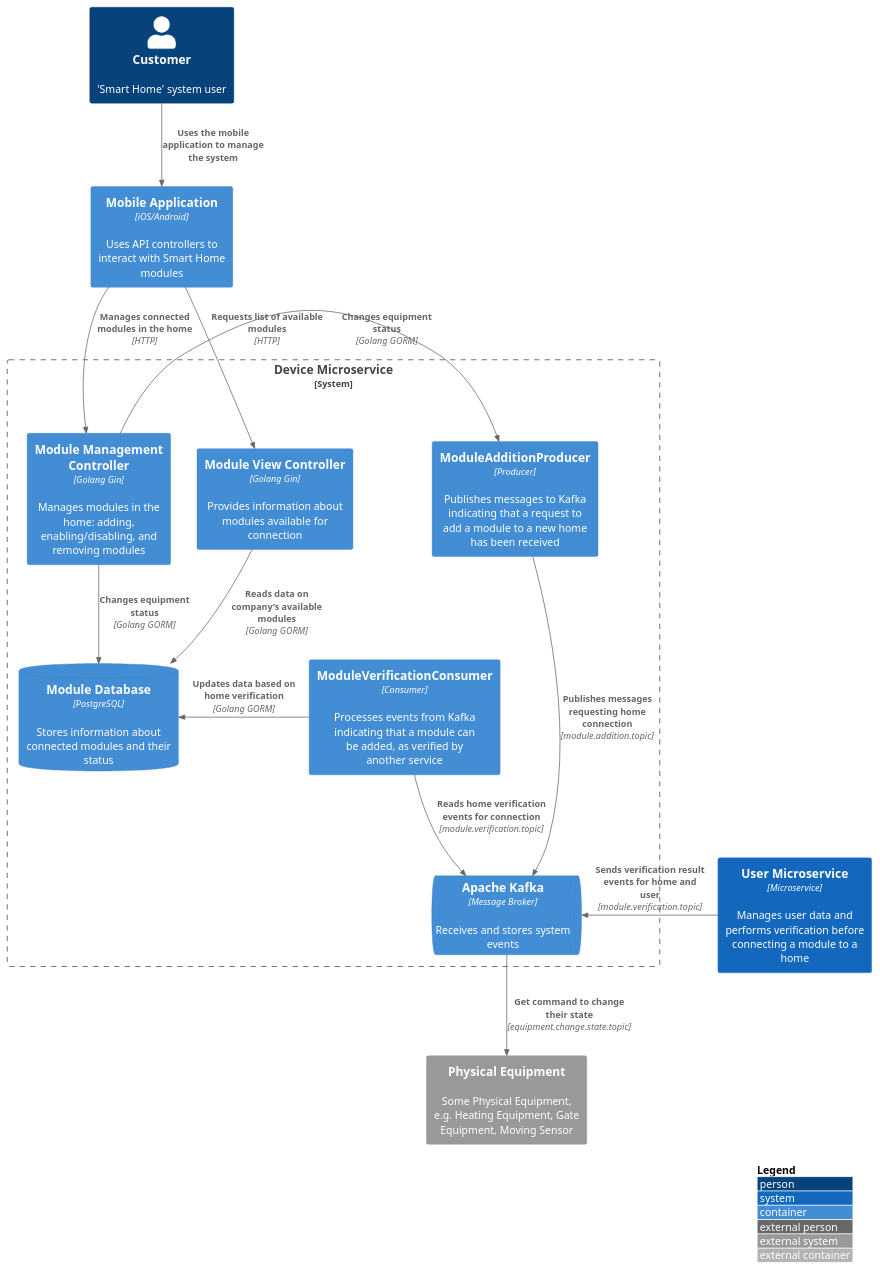
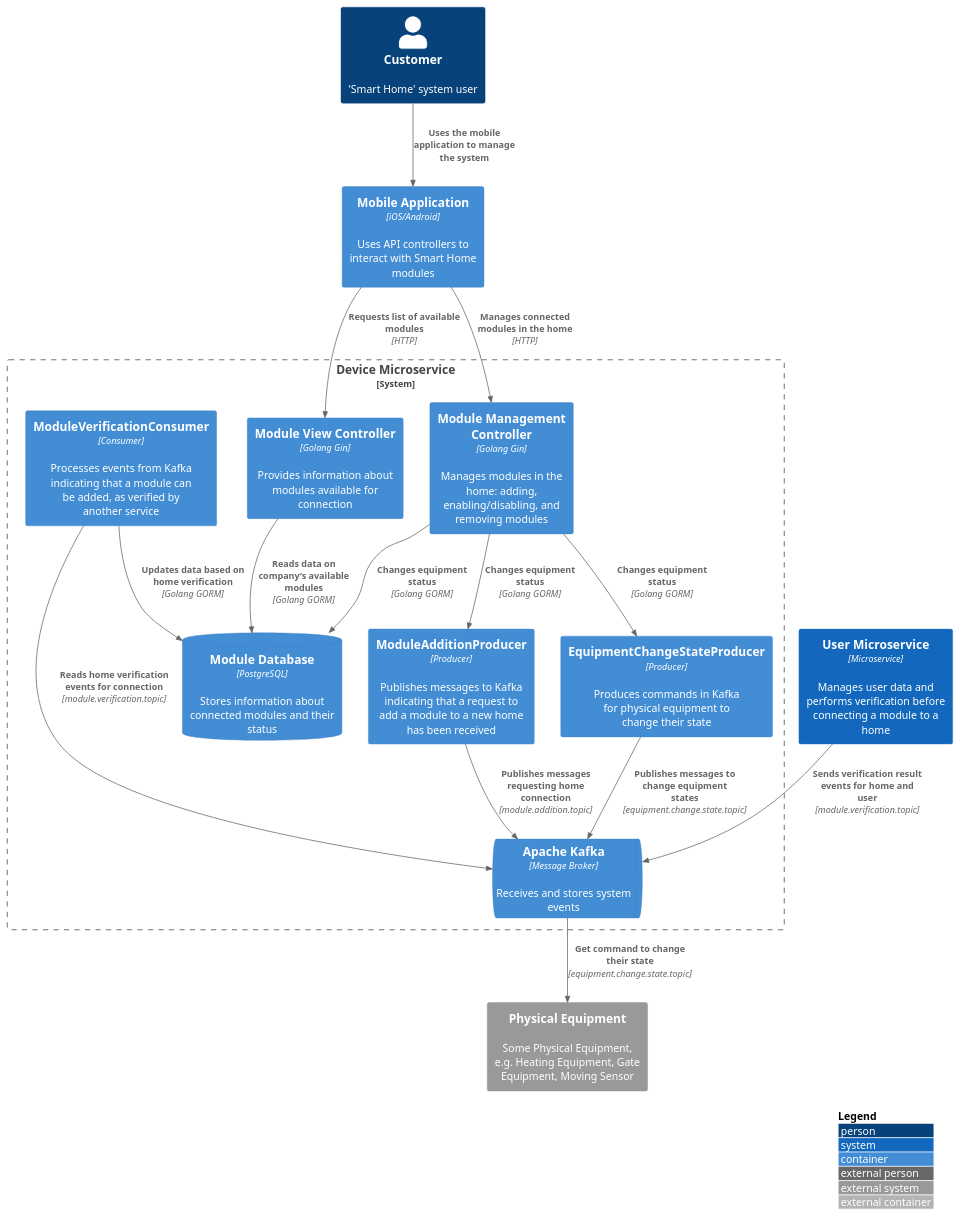
One commit to baydinvladislav/architecture-sprint-3 changed the diagram in smart-home-monolith/diagrams/component/Component_CleverVillageSystem_DeviceService.puml. Above: the diagram before and after it, drawn with PlantUML.

Commit message:
add state_equipment_publisher

```diff
--- a/smart-home-monolith/diagrams/component/Component_CleverVillageSystem_DeviceService.puml
+++ b/smart-home-monolith/diagrams/component/Component_CleverVillageSystem_DeviceService.puml
@@ -1,35 +1,43 @@
 @startuml
 !include <C4/C4_Container>
 
 LAYOUT_WITH_LEGEND()
 
 Person(user, "Customer", "'Smart Home' system user")
+
 Container(app_client, "Mobile Application", "iOS/Android", "Uses API controllers to interact with Smart Home modules")
 Container(internal_system, "User Microservice", "Microservice", "Manages user data and performs verification before connecting a module to a home") #1368bd
+
 System_Ext(system, "Physical Equipment", "Some Physical Equipment, e.g. Heating Equipment, Gate Equipment, Moving Sensor")
 
 System_Boundary(b_system, "Device Microservice") {
     Container(controller_modules_view, "Module View Controller", "Golang Gin", "Provides information about modules available for connection")
     Container(controller_module_management, "Module Management Controller", "Golang Gin", "Manages modules in the home: adding, enabling/disabling, and removing modules")
 
-    Container(publisher, "ModuleAdditionProducer", "Producer", "Publishes messages to Kafka indicating that a request to add a module to a new home has been received")
-    Container(processor, "ModuleVerificationConsumer", "Consumer", "Processes events from Kafka indicating that a module can be added, as verified by another service")
+    Container(new_module_publisher, "ModuleAdditionProducer", "Producer", "Publishes messages to Kafka indicating that a request to add a module to a new home has been received")
+    Container(state_equipment_publisher, "EquipmentChangeStateProducer", "Producer", "Produces commands in Kafka for physical equipment to change their state")
+    Container(module_verification_consumer, "ModuleVerificationConsumer", "Consumer", "Processes events from Kafka indicating that a module can be added, as verified by another service")
 
     ContainerDb(modules_db, "Module Database", "PostgreSQL", "Stores information about connected modules and their status")
     ContainerQueue(kafka_broker, "Apache Kafka", "Message Broker", "Receives and stores system events")
 }
 
 Rel(app_client, controller_modules_view, "Requests list of available modules", "HTTP")
 Rel(app_client, controller_module_management, "Manages connected modules in the home", "HTTP")
 
 Rel(user, app_client, "Uses the mobile application to manage the system")
 Rel(controller_modules_view, modules_db, "Reads data on company’s available modules", "Golang GORM")
+
 Rel(controller_module_management, modules_db, "Changes equipment status", "Golang GORM")
-Rel_L(controller_module_management, publisher, "Changes equipment status", "Golang GORM")
-Rel_L(internal_system, kafka_broker, "Sends verification result events for home and user", "module.verification.topic")
-Rel_U(publisher, kafka_broker, "Publishes messages requesting home connection", "module.addition.topic")
-Rel_D(kafka_broker, system, "Get command to change their state", "equipment.change.state.topic")
-Rel(processor, kafka_broker, "Reads home verification events for connection", "module.verification.topic")
-Rel_L(processor, modules_db, "Updates data based on home verification", "Golang GORM")
+Rel(controller_module_management, new_module_publisher, "Changes equipment status", "Golang GORM")
+Rel(controller_module_management, state_equipment_publisher, "Changes equipment status", "Golang GORM")
+
+Rel(internal_system, kafka_broker, "Sends verification result events for home and user", "module.verification.topic")
+Rel(new_module_publisher, kafka_broker, "Publishes messages requesting home connection", "module.addition.topic")
+Rel(state_equipment_publisher, kafka_broker, "Publishes messages to change equipment states", "equipment.change.state.topic")
+Rel(kafka_broker, system, "Get command to change their state", "equipment.change.state.topic")
+
+Rel(module_verification_consumer, kafka_broker, "Reads home verification events for connection", "module.verification.topic")
+Rel(module_verification_consumer, modules_db, "Updates data based on home verification", "Golang GORM")
 
 @enduml
```
